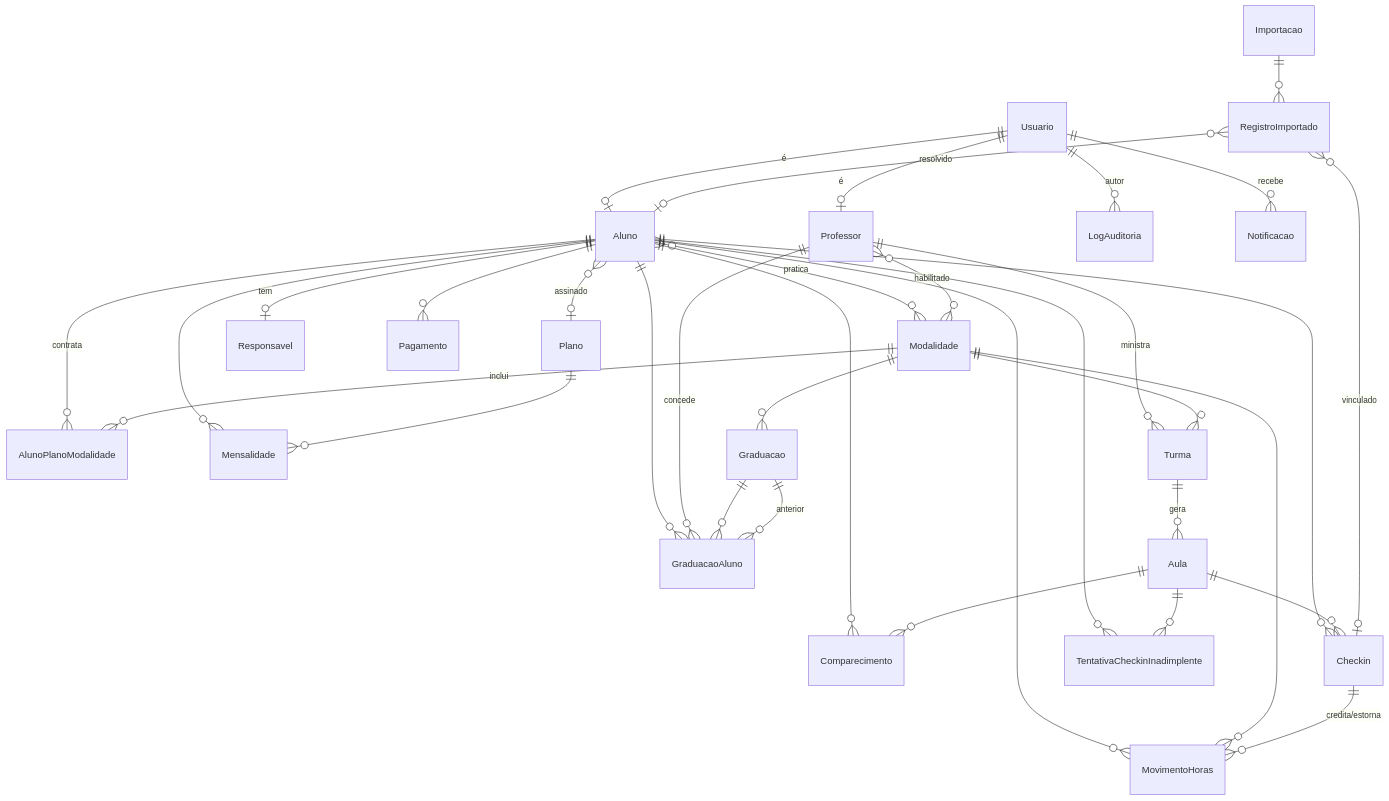
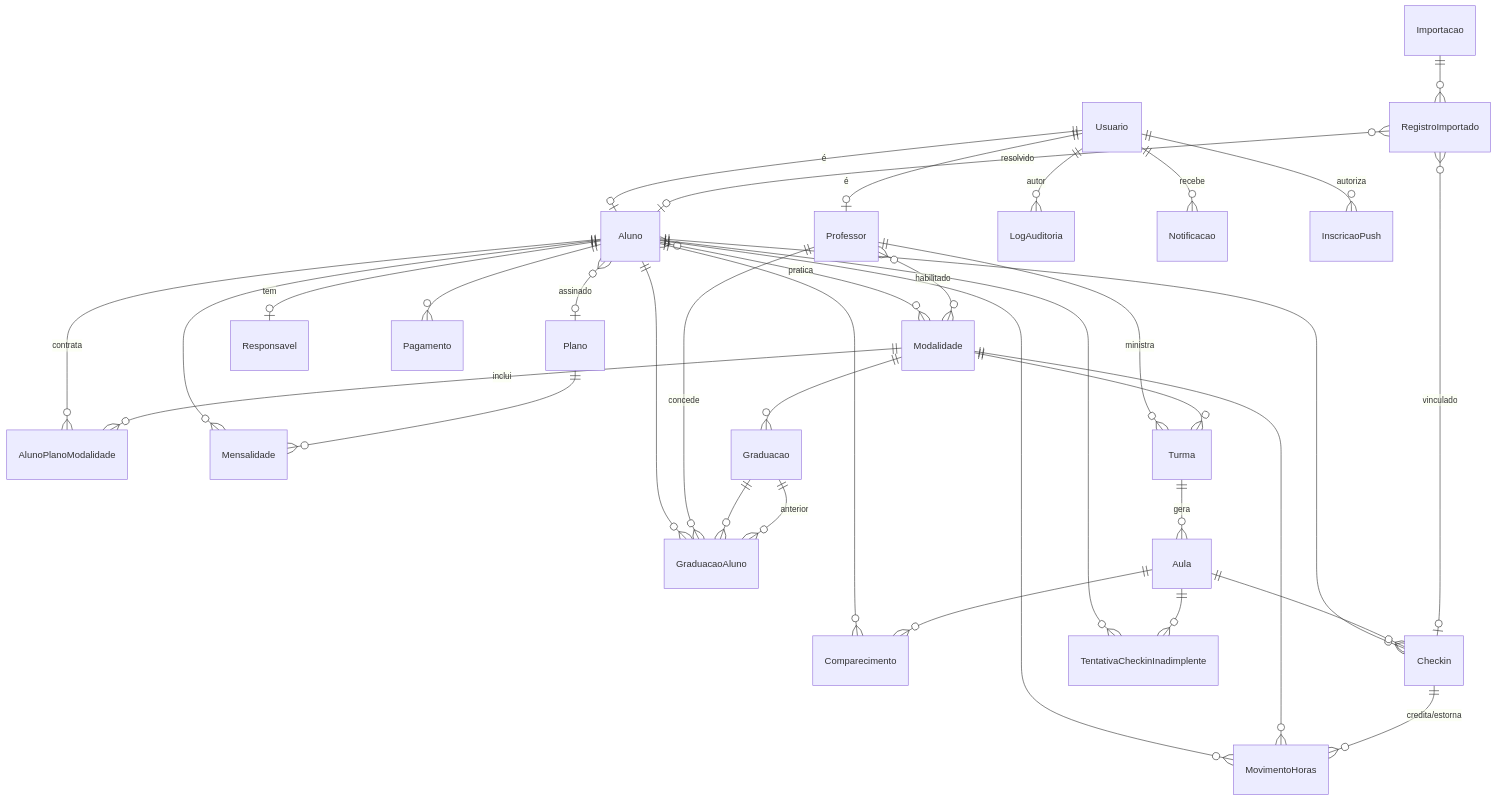
The diagram in docs/modelo-dados.md (OtacilioN/sistema-ecvo), drawn with Mermaid before and after one commit. The commit also changed other lines of this file and 16 other files, not shown here.

````diff
--- a/docs/modelo-dados.md
+++ b/docs/modelo-dados.md
@@ -31,42 +31,43 @@
 ```mermaid
 erDiagram
   Usuario ||--o| Aluno : "é"
   Usuario ||--o| Professor : "é"
   Usuario ||--o{ LogAuditoria : "autor"
   Usuario ||--o{ Notificacao : "recebe"
+  Usuario ||--o{ InscricaoPush : "autoriza"
 
   Aluno }o--o| Plano : "assinado"
   Aluno ||--o{ AlunoPlanoModalidade : "contrata"
   Modalidade ||--o{ AlunoPlanoModalidade : "inclui"
   Aluno }o--o{ Modalidade : "pratica"
   Aluno ||--o| Responsavel : "tem"
   Aluno ||--o{ Comparecimento : ""
   Aluno ||--o{ Checkin : ""
   Aluno ||--o{ TentativaCheckinInadimplente : ""
   Aluno ||--o{ MovimentoHoras : ""
   Aluno ||--o{ GraduacaoAluno : ""
   Aluno ||--o{ Mensalidade : ""
   Aluno ||--o{ Pagamento : ""
 
   Professor }o--o{ Modalidade : "habilitado"
   Professor ||--o{ Turma : "ministra"
   Professor ||--o{ GraduacaoAluno : "concede"
 
   Modalidade ||--o{ Turma : ""
   Modalidade ||--o{ Graduacao : ""
   Modalidade ||--o{ MovimentoHoras : ""
   Turma ||--o{ Aula : "gera"
 
   Aula ||--o{ Comparecimento : ""
   Aula ||--o{ Checkin : ""
   Aula ||--o{ TentativaCheckinInadimplente : ""
   Checkin ||--o{ MovimentoHoras : "credita/estorna"
 
   Graduacao ||--o{ GraduacaoAluno : ""
   Graduacao ||--o{ GraduacaoAluno : "anterior"
   Plano ||--o{ Mensalidade : ""
 
   Importacao ||--o{ RegistroImportado : ""
   RegistroImportado }o--o| Aluno : "resolvido"
   RegistroImportado }o--o| Checkin : "vinculado"
 ```
````
